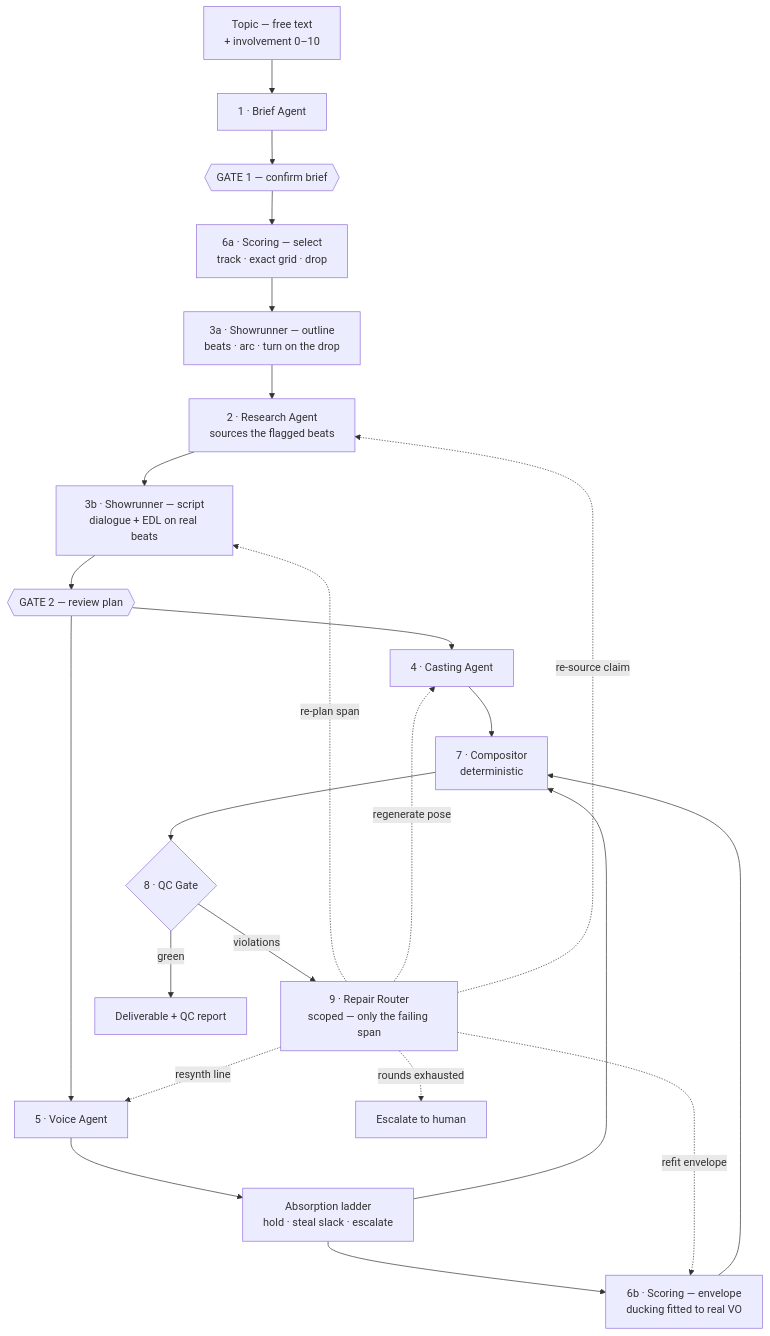
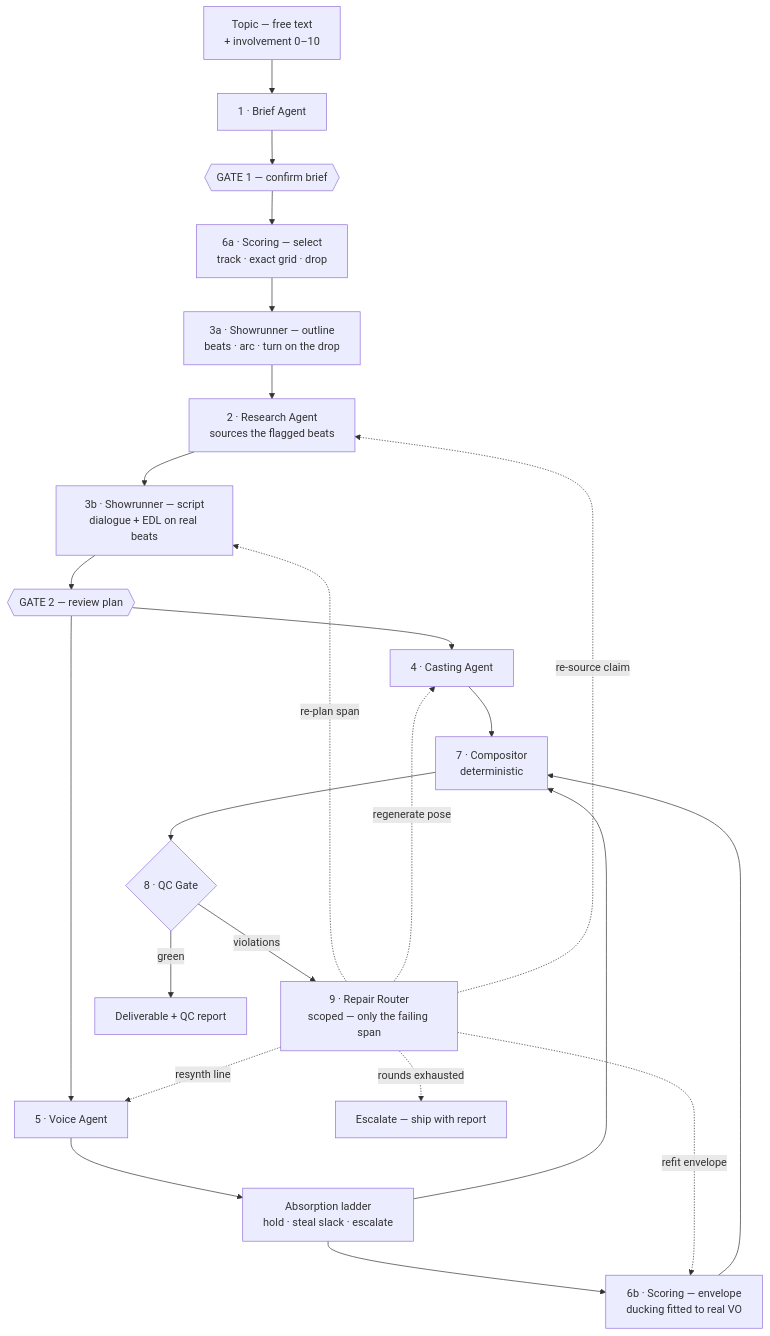
Before and after one commit to ypatodkar/real-agent: the first of 4 diagrams in ARCHITECTURE.md, drawn with Mermaid. The commit also changed other lines of this file, not shown here.

First line of the commit message:
Consolidate all design docs into one ARCHITECTURE.md

````diff
--- a/ARCHITECTURE.md
+++ b/ARCHITECTURE.md
@@ -97,26 +160,26 @@
 ```mermaid
 flowchart TD
     U["Topic — free text<br/>+ involvement 0–10"] --> A1["1 · Brief Agent"]
     A1 --> G1{{"GATE 1 — confirm brief"}}
     G1 --> A6A["6a · Scoring — select<br/>track · exact grid · drop"]
     A6A --> A3A["3a · Showrunner — outline<br/>beats · arc · turn on the drop"]
     A3A --> A2["2 · Research Agent<br/>sources the flagged beats"]
     A2 --> A3B["3b · Showrunner — script<br/>dialogue + EDL on real beats"]
     A3B --> G2{{"GATE 2 — review plan"}}
     G2 --> A4["4 · Casting Agent"]
     G2 --> A5["5 · Voice Agent"]
     A5 --> AL["Absorption ladder<br/>hold · steal slack · escalate"]
     AL --> A6B["6b · Scoring — envelope<br/>ducking fitted to real VO"]
     A4 --> CP["7 · Compositor<br/>deterministic"]
     AL --> CP
     A6B --> CP
     CP --> QC{"8 · QC Gate"}
     QC -- "violations" --> RR["9 · Repair Router<br/>scoped — only the failing span"]
     RR -. "re-plan span" .-> A3B
     RR -. "regenerate pose" .-> A4
     RR -. "resynth line" .-> A5
     RR -. "refit envelope" .-> A6B
     RR -. "re-source claim" .-> A2
-    RR -. "rounds exhausted" .-> HU["Escalate to human"]
+    RR -. "rounds exhausted" .-> HU["Escalate — ship with report"]
     QC -- "green" --> OUT["Deliverable + QC report"]
 ```
````
